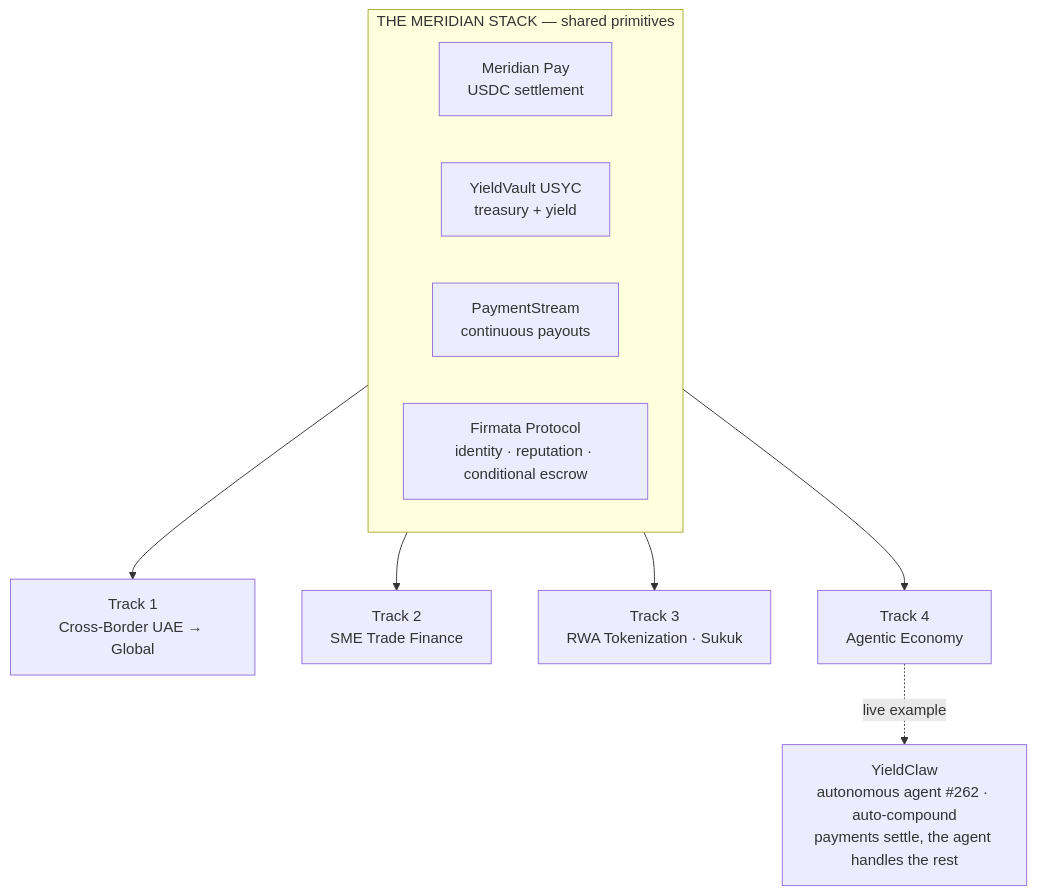
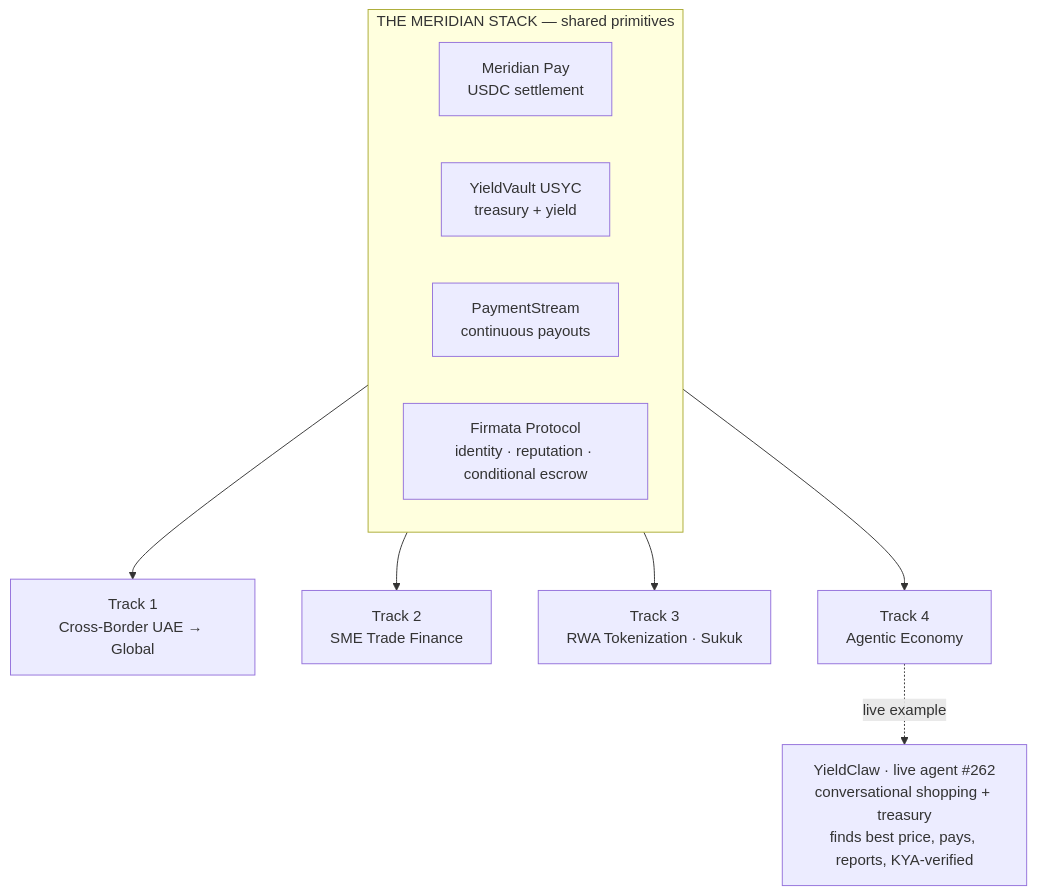
Before and after one commit to MeridianFinance/meridian-ignyte: the diagram in README.md, drawn with Mermaid. The commit also changed other lines of this file and 1 other file, not shown here.

Commit message:
Track 4: YieldClaw shopping agent — folder + accurate root README

````diff
--- a/README.md
+++ b/README.md
@@ -26,18 +26,18 @@
 ```mermaid
 flowchart TB
     subgraph CORE["THE MERIDIAN STACK — shared primitives"]
         PAY["Meridian Pay<br/>USDC settlement"]
         VAULT["YieldVault USYC<br/>treasury + yield"]
         STREAM["PaymentStream<br/>continuous payouts"]
         FIRMATA["Firmata Protocol<br/>identity · reputation · conditional escrow"]
     end
     T1["Track 1<br/>Cross-Border UAE → Global"]
     T2["Track 2<br/>SME Trade Finance"]
     T3["Track 3<br/>RWA Tokenization · Sukuk"]
     T4["Track 4<br/>Agentic Economy"]
     CORE --> T1
     CORE --> T2
     CORE --> T3
     CORE --> T4
-    T4 -. "live example" .-> CLAW["YieldClaw<br/>autonomous agent #262 · auto-compound<br/>payments settle, the agent handles the rest"]
+    T4 -. "live example" .-> CLAW["YieldClaw · live agent #262<br/>conversational shopping + treasury<br/>finds best price, pays, reports, KYA-verified"]
 ```
````
